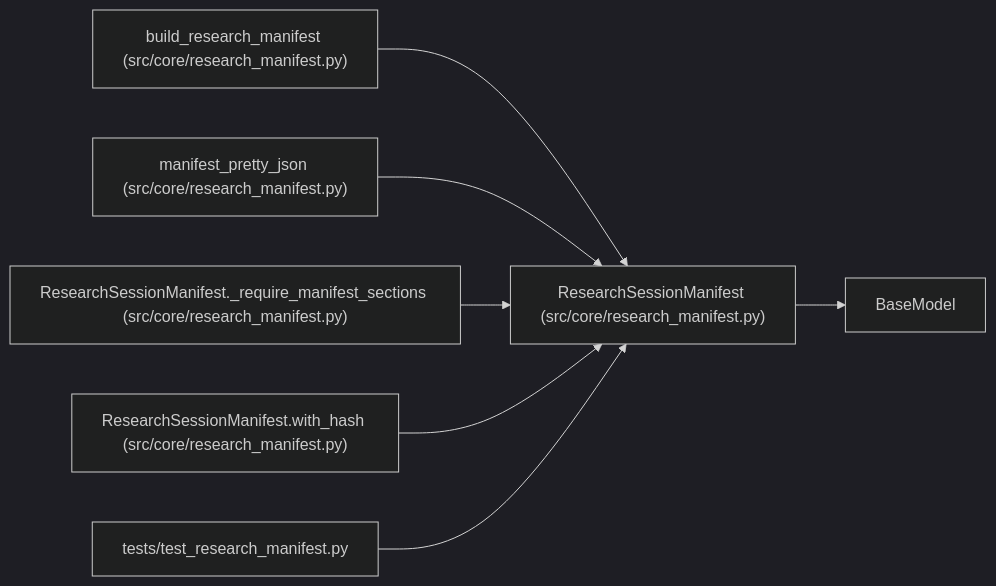
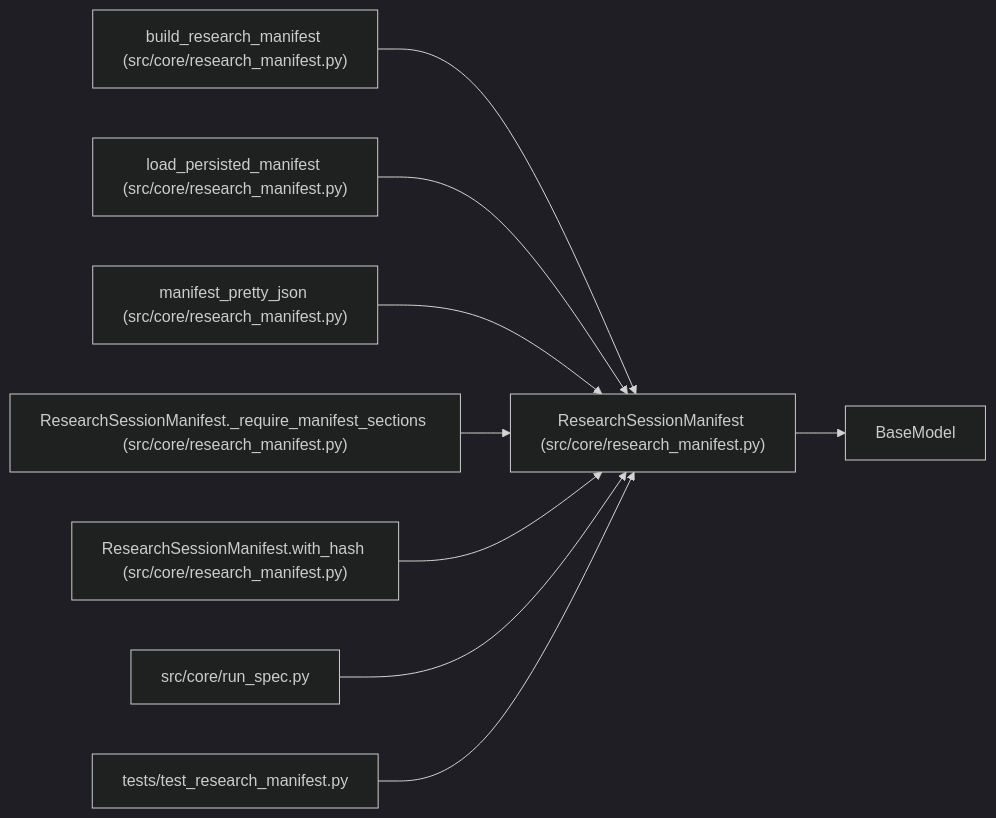
One commit to Denissvgn/autoresearch-agent changed the diagram in docs/llm_wiki/entities/ResearchSessionManifest.md. Above: the diagram before and after it, drawn with Mermaid (dark theme). The commit also changed other lines of this file and 1033 other files, not shown here.

````diff
--- a/docs/llm_wiki/entities/ResearchSessionManifest.md
+++ b/docs/llm_wiki/entities/ResearchSessionManifest.md
@@ -76,22 +77,28 @@
 ```mermaid
 flowchart LR
     n0["ResearchSessionManifest (src/core/research_manifest.py)"]
     n1["BaseModel"]
     n2["build_research_manifest (src/core/research_manifest.py)"]
-    n3["manifest_pretty_json (src/core/research_manifest.py)"]
-    n4["ResearchSessionManifest._require_manifest_sections (src/core/research_manifest.py)"]
-    n5["ResearchSessionManifest.with_hash (src/core/research_manifest.py)"]
-    n6["tests/test_research_manifest.py"]
+    n3["load_persisted_manifest (src/core/research_manifest.py)"]
+    n4["manifest_pretty_json (src/core/research_manifest.py)"]
+    n5["ResearchSessionManifest._require_manifest_sections (src/core/research_manifest.py)"]
+    n6["ResearchSessionManifest.with_hash (src/core/research_manifest.py)"]
+    n7["src/core/run_spec.py"]
+    n8["tests/test_research_manifest.py"]
     n0 --> n1
     n2 --> n0
     n3 --> n0
     n4 --> n0
     n5 --> n0
     n6 --> n0
+    n7 --> n0
+    n8 --> n0
     click n0 "../modules/research_manifest.md"
     click n2 "../modules/research_manifest.md"
     click n3 "../modules/research_manifest.md"
     click n4 "../modules/research_manifest.md"
     click n5 "../modules/research_manifest.md"
-    click n6 "../modules/test_research_manifest.md"
+    click n6 "../modules/research_manifest.md"
+    click n7 "../modules/run_spec.md"
+    click n8 "../modules/test_research_manifest.md"
 ```
````
